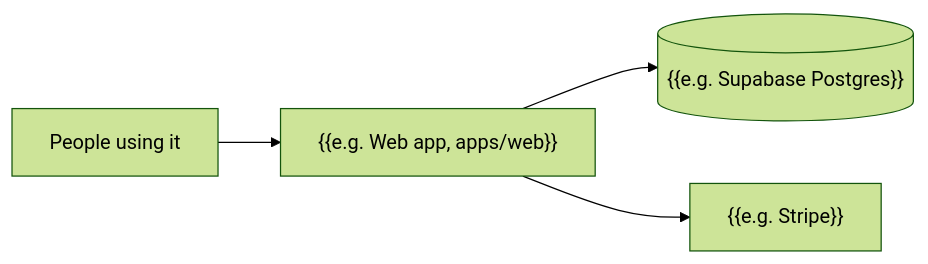
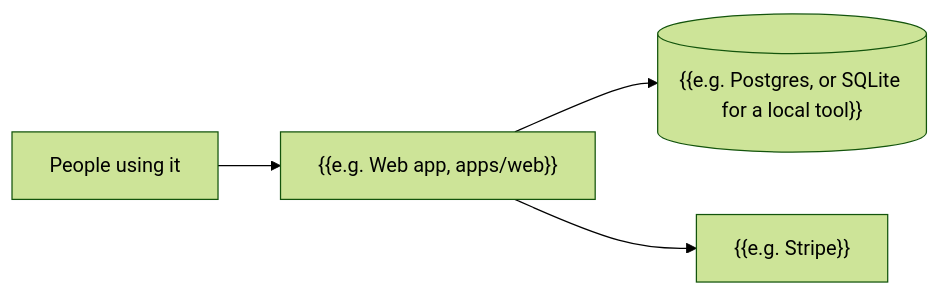
The diagram in skills/agent-ready/templates/docs/architecture.md (Bbhuva/agent-ready), drawn with Mermaid (forest theme) before and after one commit. The commit also changed 20 other files, not shown here.

````diff
--- a/skills/agent-ready/templates/docs/architecture.md
+++ b/skills/agent-ready/templates/docs/architecture.md
@@ -7,6 +7,6 @@
 ```mermaid
 graph LR
   user[People using it] --> web["{{e.g. Web app, apps/web}}"]
-  web --> db[("{{e.g. Supabase Postgres}}")]
+  web --> db[("{{e.g. Postgres, or SQLite for a local tool}}")]
   web --> pay["{{e.g. Stripe}}"]
 ```
````
